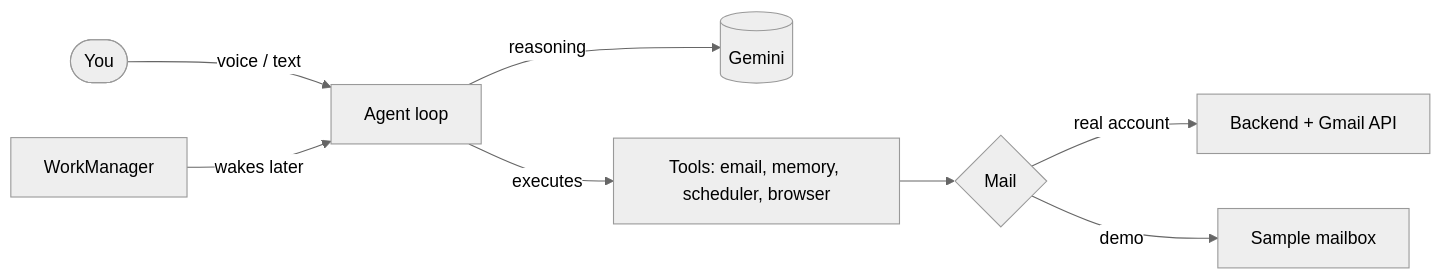
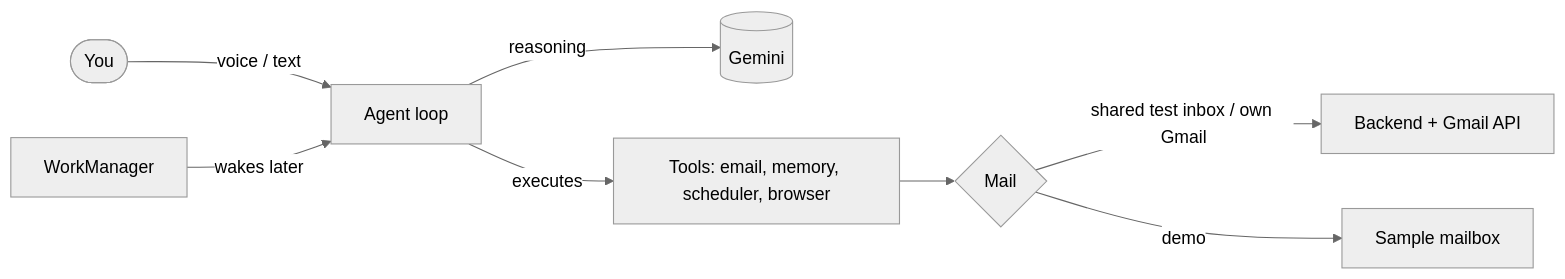
The diagram in README.md (AdityaKushwaha404/Aurviz_agent), drawn with Mermaid (neutral theme) before and after one commit. The commit also changed other lines of this file and 51 other files, not shown here.

First line of the commit message:
feat: shared test inbox, mailbox viewer with live updates, mailbox source selection; screenshots and docs

````diff
--- a/README.md
+++ b/README.md
@@ -33,10 +51,10 @@
 ```mermaid
 flowchart LR
     U([You]) -- voice / text --> A[Agent loop]
     A -- reasoning --> G[(Gemini)]
     A -- executes --> T[Tools: email, memory, scheduler, browser]
     T --> M{Mail}
-    M -- real account --> B[Backend + Gmail API]
+    M -- shared test inbox / own Gmail --> B[Backend + Gmail API]
     M -- demo --> D[Sample mailbox]
     S[WorkManager] -- wakes later --> A
 ```
````
